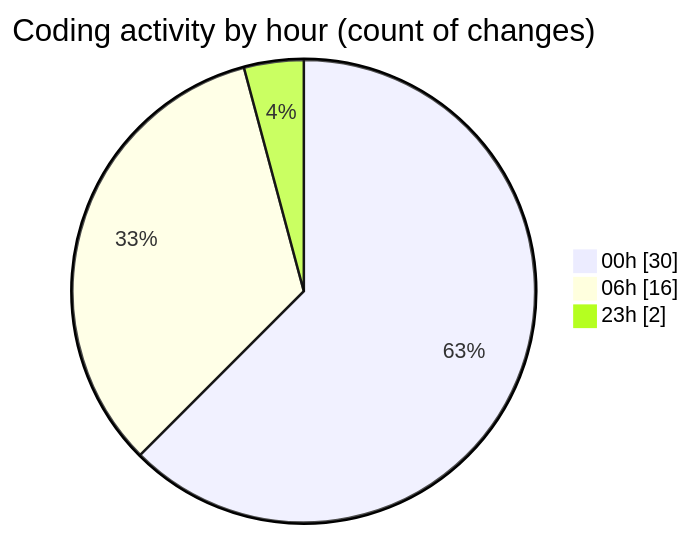
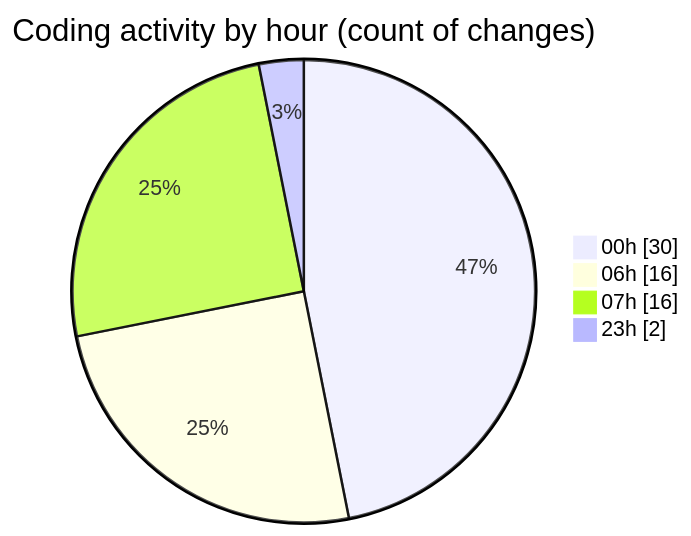
Before and after one commit to Unknowalive/code-tracking: the second of 2 diagrams in 2026-04-08/t2s/README.md, drawn with Mermaid. The commit also changed other lines of this file and 1 other file, not shown here.

````diff
--- a/2026-04-08/t2s/README.md
+++ b/2026-04-08/t2s/README.md
@@ -51,7 +51,8 @@
 ```mermaid
 pie showData
 title Coding activity by hour (count of changes)
 "00h" : 30
 "06h" : 16
+"07h" : 16
 "23h" : 2
 ```
````
